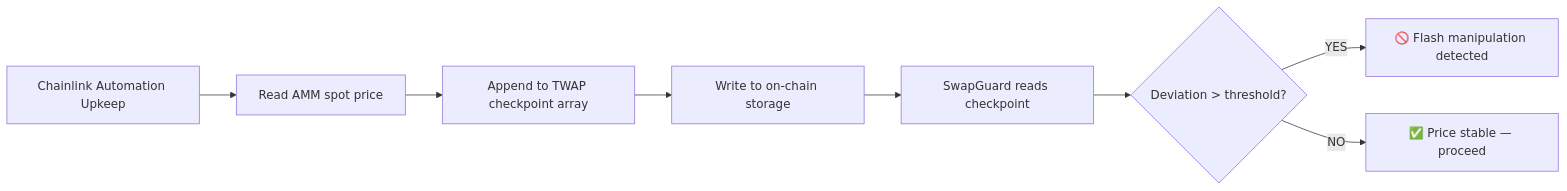
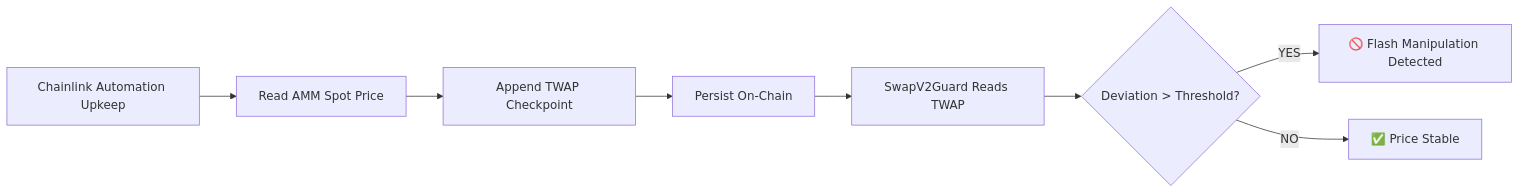
One commit to Sourav-IIITBPL/preflight changed the second of 3 diagrams in README.md. Above: the diagram before and after it, drawn with Mermaid. The commit also changed other lines of this file and 6 other files, not shown here.

````diff
--- a/README.md
+++ b/README.md
@@ -264,10 +365,10 @@
 ```mermaid
 flowchart LR
-    A[Chainlink Automation Upkeep] --> B[Read AMM spot price]
-    B --> C[Append to TWAP checkpoint array]
-    C --> D[Write to on-chain storage]
-    D --> E[SwapGuard reads checkpoint]
-    E --> F{Deviation > threshold?}
-    F -- YES --> G[🚫 Flash manipulation detected]
-    F -- NO --> H[✅ Price stable — proceed]
+    A[Chainlink Automation Upkeep] --> B[Read AMM Spot Price]
+    B --> C[Append TWAP Checkpoint]
+    C --> D[Persist On-Chain]
+    D --> E[SwapV2Guard Reads TWAP]
+    E --> F{Deviation > Threshold?}
+    F -- YES --> G[🚫 Flash Manipulation Detected]
+    F -- NO --> H[✅ Price Stable]
 ```
````
